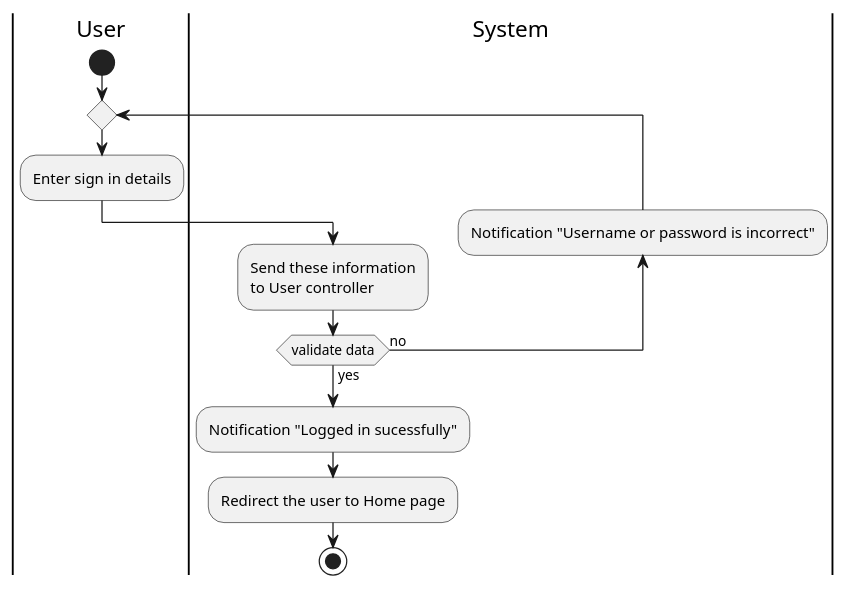
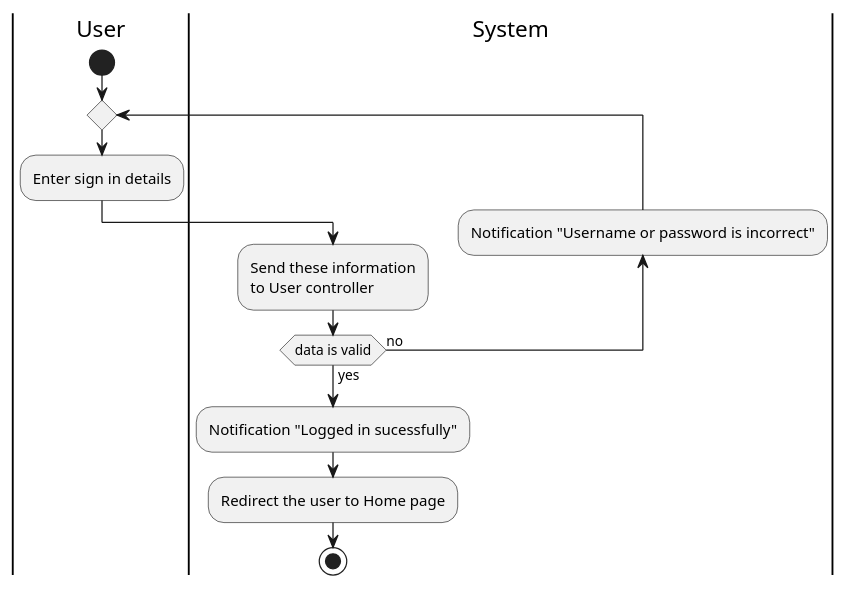
One commit to doublek2712/SE357-Pratice-class changed the diagram in Lab 1.2/puml-code/activity/sign-in.puml. Above: the diagram before and after it, drawn with PlantUML. The commit also changed 5 other files, not shown here.

```diff
--- a/Lab 1.2/puml-code/activity/sign-in.puml
+++ b/Lab 1.2/puml-code/activity/sign-in.puml
@@ -1,14 +1,14 @@
 @startuml
 |User|
 start
 repeat 
 :Enter sign in details;
 |System|
 :Send these information 
 to User controller;
 backward:Notification "Username or password is incorrect";
-repeat while (validate data) is (no) not (yes)
+repeat while (data is valid) is (no) not (yes)
 :Notification "Logged in sucessfully";
 :Redirect the user to Home page;
 stop
 @enduml
```
